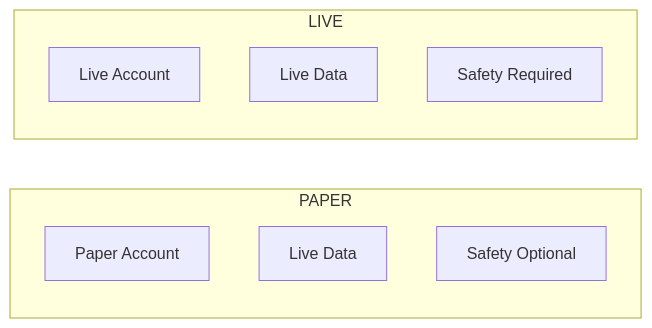
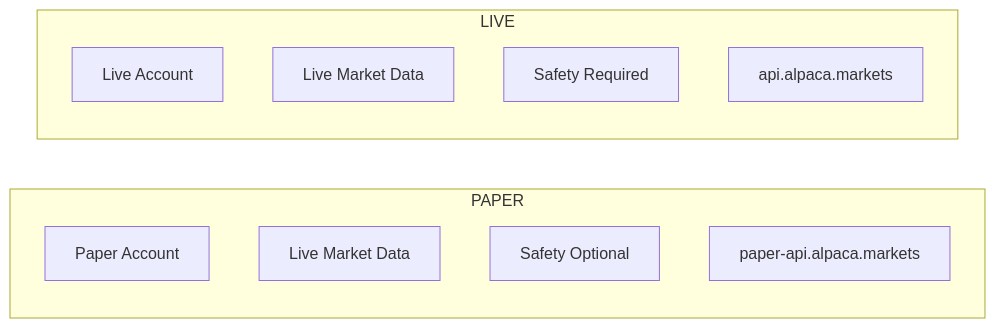
Before and after one commit to ccheney/cream: the tenth of 15 diagrams in ARCHITECTURE.md, drawn with Mermaid. The commit also changed other lines of this file and 30 other files, not shown here.

First line of the commit message:
feat(storage): enhance README with architecture, environment isolation, and repository patterns

````diff
--- a/ARCHITECTURE.md
+++ b/ARCHITECTURE.md
@@ -299,14 +452,16 @@
 ```mermaid
 flowchart LR
     subgraph PAPER
         P1[Paper Account]
-        P2[Live Data]
+        P2[Live Market Data]
         P3[Safety Optional]
+        P4[paper-api.alpaca.markets]
     end
 
     subgraph LIVE
         L1[Live Account]
-        L2[Live Data]
+        L2[Live Market Data]
         L3[Safety Required]
+        L4[api.alpaca.markets]
     end
 ```
````
